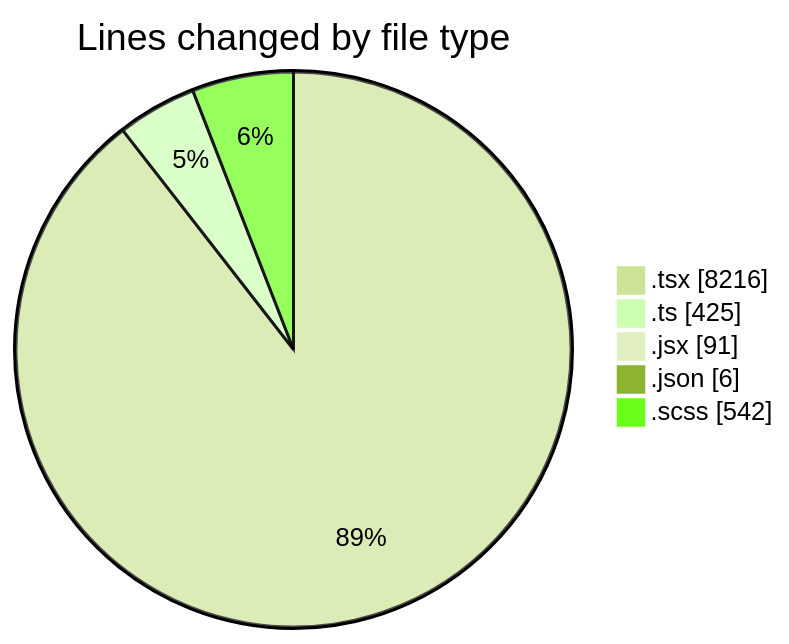
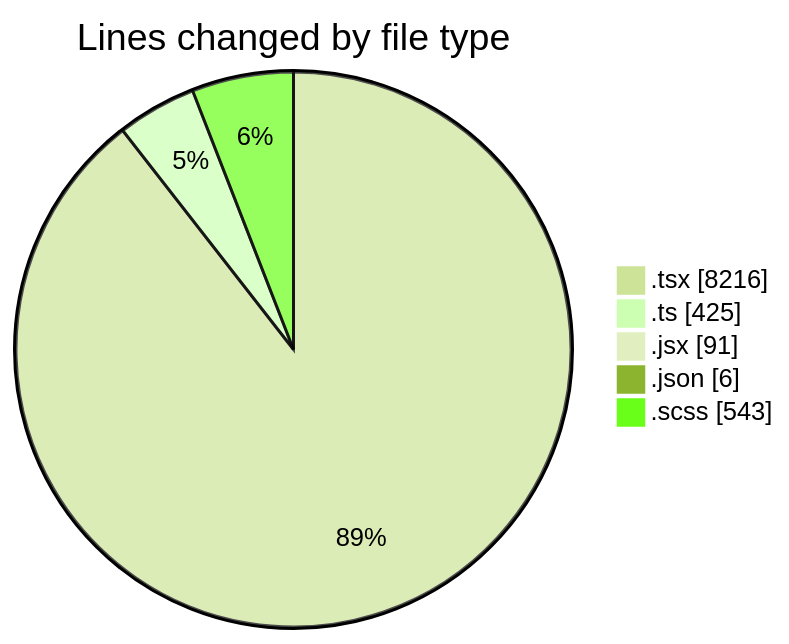
One commit to momahboobian/code-tracking changed the first of 2 diagrams in 2026-04-27/cda/README.md. Above: the diagram before and after it, drawn with Mermaid (forest theme). The commit also changed other lines of this file and 1 other file, not shown here.

````diff
--- a/2026-04-27/cda/README.md
+++ b/2026-04-27/cda/README.md
@@ -55,9 +55,9 @@
 ```mermaid
 pie showData
 title Lines changed by file type
 ".tsx" : 8216
 ".ts" : 425
 ".jsx" : 91
 ".json" : 6
-".scss" : 542
+".scss" : 543
 ```
````
